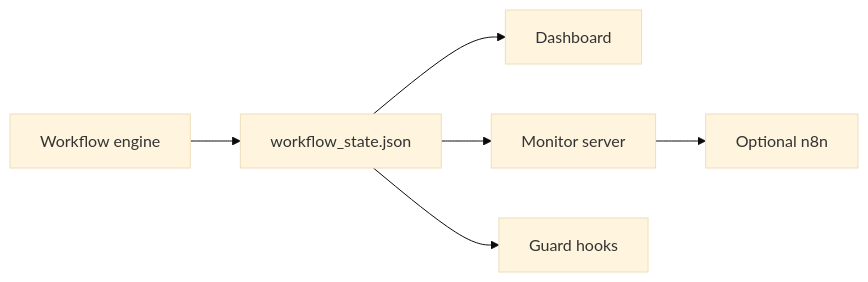
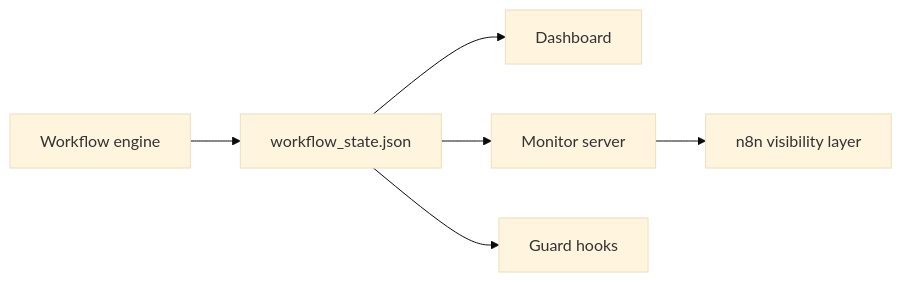
The diagram in wiki/Monitoring-Hooks-and-n8n.md (ipanov/aeroforge), drawn with Mermaid (base theme) before and after one commit. The commit also changed other lines of this file and 23 other files, not shown here.

````diff
--- a/wiki/Monitoring-Hooks-and-n8n.md
+++ b/wiki/Monitoring-Hooks-and-n8n.md
@@ -6,8 +6,8 @@
 ```mermaid
 flowchart LR
     A[Workflow engine] --> B[workflow_state.json]
     B --> C[Dashboard]
     B --> D[Monitor server]
     B --> E[Guard hooks]
-    D --> F[Optional n8n]
+    D --> F[n8n visibility layer]
 ```
````
